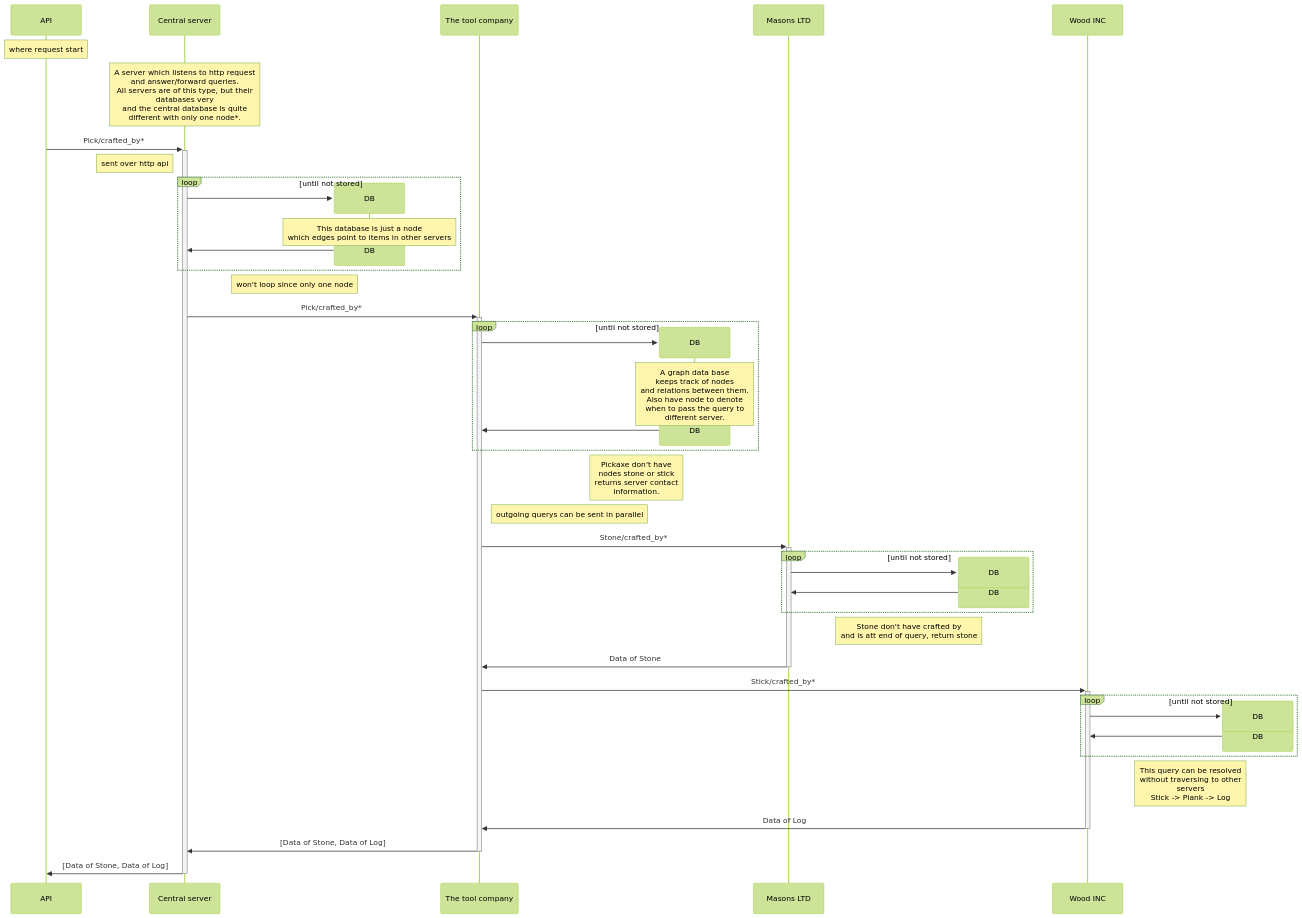
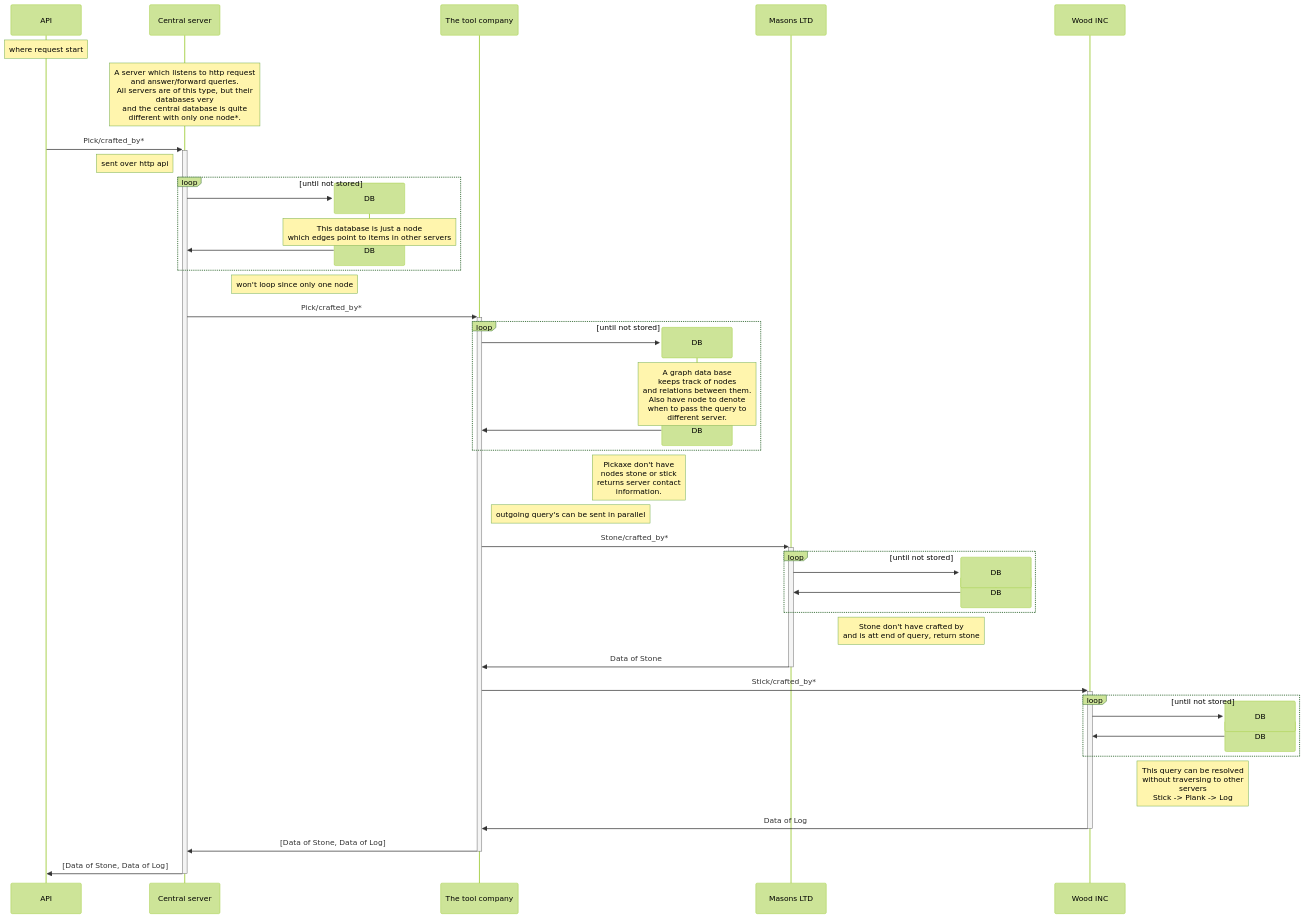
The third of 8 diagrams in README.md (d0020e-2024-group-5/Path-Expression-Traversal-System), drawn with Mermaid (forest theme) before and after one commit. The commit also changed other lines of this file, not shown here.

Commit message:
appostrofer

````diff
--- a/README.md
+++ b/README.md
@@ -30,71 +30,71 @@
 ```mermaid
 sequenceDiagram
     participant API
     participant cent as Central server
 
     note over API: where request start
 
 
     note over cent: A server which listens to http request<br/>and answer/forward queries.<br/>All servers are of this type, but their<br/>databases very<br/>and the central database is quite<br/>different with only one node*.
 
     API->>+cent: Pick/crafted_by*
     note left of cent: sent over http api
 
     loop until not stored
         create participant DB_A as DB
         cent->>DB_A: 
         note over DB_A: This database is just a node<br/>which edges point to items in other servers
         destroy DB_A
         DB_A->>cent: 
     end
     note left of DB_A: won't loop since only one node
 
 
 
     participant Tool_company as The tool company
     cent->>+Tool_company: Pick/crafted_by*
 
 
     loop until not stored
         create participant DB_B as DB
         Tool_company->> DB_B: 
         note over DB_B: A graph data base<br/>keeps track of nodes<br/>and relations between them.<br/>Also have node to denote<br/>when to pass the query to<br/>different server.
         destroy DB_B
         DB_B->>Tool_company: 
     end
 
     note left of DB_B: Pickaxe don't have<br/>nodes stone or stick<br/>returns server contact<br/>information.
 
     
-    note right of Tool_company: outgoing querys can be sent in parallel
+    note right of Tool_company: outgoing query's can be sent in parallel
     participant Mason_LTD as Masons LTD
     Tool_company->>+Mason_LTD: Stone/crafted_by*
 
 
     loop until not stored
         create participant DB_C as DB
         Mason_LTD->>DB_C: 
         destroy DB_C 
         DB_C->>Mason_LTD: 
     end
     note left of DB_C: Stone don't have crafted by<br/>and is att end of query, return stone
 
 
     Mason_LTD->>-Tool_company: Data of Stone
 
     participant Wood_INC as Wood INC
 
     Tool_company->>+Wood_INC: Stick/crafted_by*
     loop until not stored
         create participant DB_D as DB
         Wood_INC->>DB_D: 
         destroy DB_D
         DB_D->>Wood_INC: 
     end
     note left of DB_D: This query can be resolved<br/>without traversing to other<br/>servers<br/>Stick -> Plank -> Log
 
     Wood_INC->>-Tool_company: Data of Log
     Tool_company->>-cent: [Data of Stone, Data of Log]
     cent->>-API: [Data of Stone, Data of Log]
 
 ```
````
